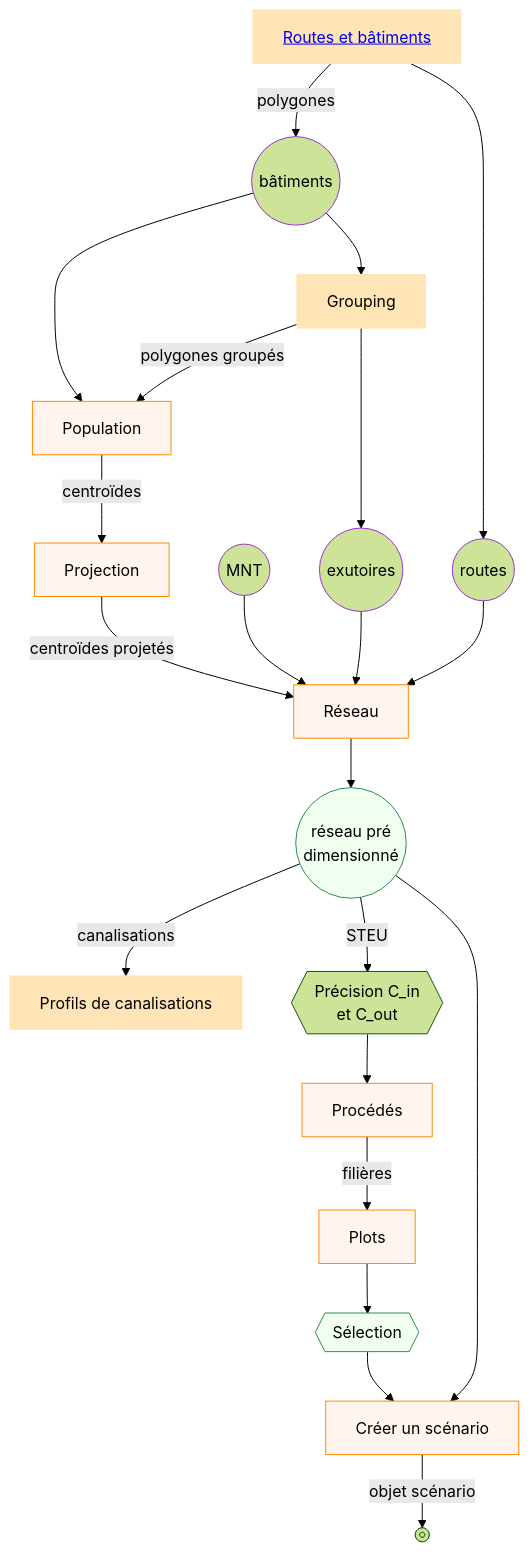
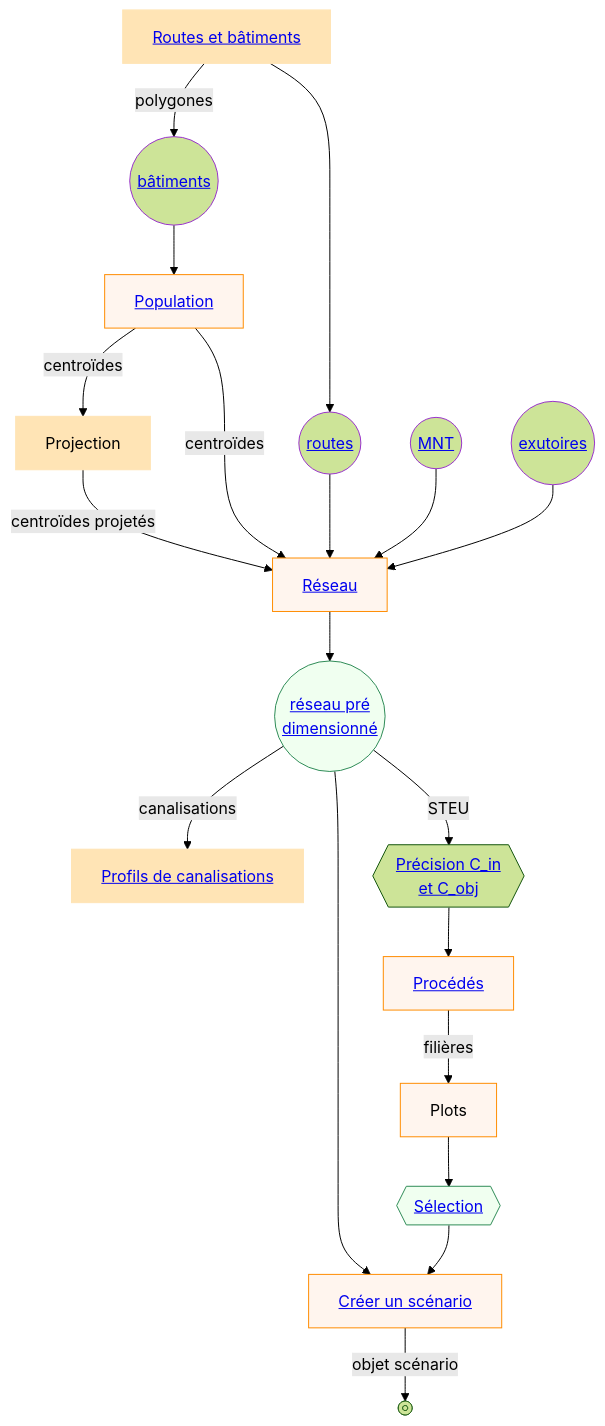
One commit to nicolas-forquet/elan changed the diagram in docs/logigramme_prb1.rst. Above: the diagram before and after it, drawn with Mermaid (forest theme). The commit also changed 2 other files, not shown here.

Commit message:
add links to flowcharts

```diff
--- a/docs/logigramme_prb1.rst
+++ b/docs/logigramme_prb1.rst
@@ -4,39 +4,37 @@
 .. mermaid::
     :zoom:
 
     flowchart TB
         A[<a href="https://elan-gis.org/preparation.html#routes">Routes et bâtiments</a>]
-        B[Population]:::class3
-        C[Projection]:::class3
-        D[Réseau]:::class3
-        E[Grouping]:::class1
-        E --polygones groupés--> B
-        B --centroïdes--> C --centroïdes projetés--> D
-        F@{ shape: circle, label: "MNT" }
-        G@{ shape: circle, label: "exutoires" }
-        H@{ shape: circle, label: "routes" }
-        I@{ shape: circle, label: "bâtiments" }
-        A:::class1 --polygones--> I --> B
-        I:::class0 --> E
+        B[<a href="https://elan-gis.org/preparation.html#population">Population</a>]
+        C[Projection]:::class1
+        D[<a href="https://elan-gis.org/scenario_prb1.html#reseau">Réseau</a>]:::class3
+        B:::class3 --centroïdes--> C --centroïdes projetés--> D
+        B --centroïdes--> D
+        F@{ shape: circle, label: <a href="https://elan-gis.org/preparation.html#_entrees_reseau">MNT</a> }
+        G@{ shape: circle, label: <a href="https://elan-gis.org/preparation.html#_entrees_reseau">exutoires</a> }
+        H@{ shape: circle, label: <a href="https://elan-gis.org/preparation.html#_entrees_reseau">routes</a> }
+        I@{ shape: circle, label: <a href="https://elan-gis.org/preparation.html#_entrees_reseau">bâtiments</a> }
+        A:::class1 --polygones--> I:::class0 --> B
         A --> H:::class0 --> D
         F:::class0 --> D
-        E --> G:::class0 --> D
-        J[Profils de canalisations]:::class1
-        K[Procédés]:::class3
-        L[Créer un scénario]:::class3
+        G:::class0 --> D
+        J[<a href="https://elan-gis.org/scenario_prb1.html#visualisation-profils">Profils de canalisations</a>]:::class1
+        K[<a href="https://elan-gis.org/scenario_prb1.html#procedes">Procédés</a>]:::class3
+        L[<a href="https://elan-gis.org/scenario_prb1.html#creer-scenario">Créer un scénario</a>]:::class3
         M[Plots]:::class3
-        N@{ shape: circle, label: "réseau pré <br/> dimensionné"}
+        N@{ shape: circle, label: <a href="https://elan-gis.org/scenario_prb1.html#sorties_reseau">réseau pré <br/> dimensionné</a> }
         D --> N:::class2
         N --canalisations--> J
         N --STEU--> Q --> K
         K --filières--> M 
         N --> L
         O@{ shape: framed-circle, label: "Stop" }
-        P@{ shape: hex, label: "Sélection" }
+        P@{ shape: hex, label: <a href="https://elan-gis.org/scenario_prb1.html#selection">Sélection</a> }
         M --> P:::class2 --> L
         L -- objet scénario --> O
-        Q@{ shape: hex, label: "Précision C_in <br/> et C_out" }
+        Q@{ shape: hex, label: <a href="https://elan-gis.org/scenario_prb1.html#set_concentrations">Précision C_in <br/> et C_obj</a> }
         classDef class0 fill:##E6E6FA, stroke:#9932CC
         classDef class1 fill:#FFE4B5, stroke:#FFE4B5
         classDef class2 fill:#F0FFF0, stroke:#2E8B57
         classDef class3 fill:#FFF5EE, stroke:#FF8C00
```
